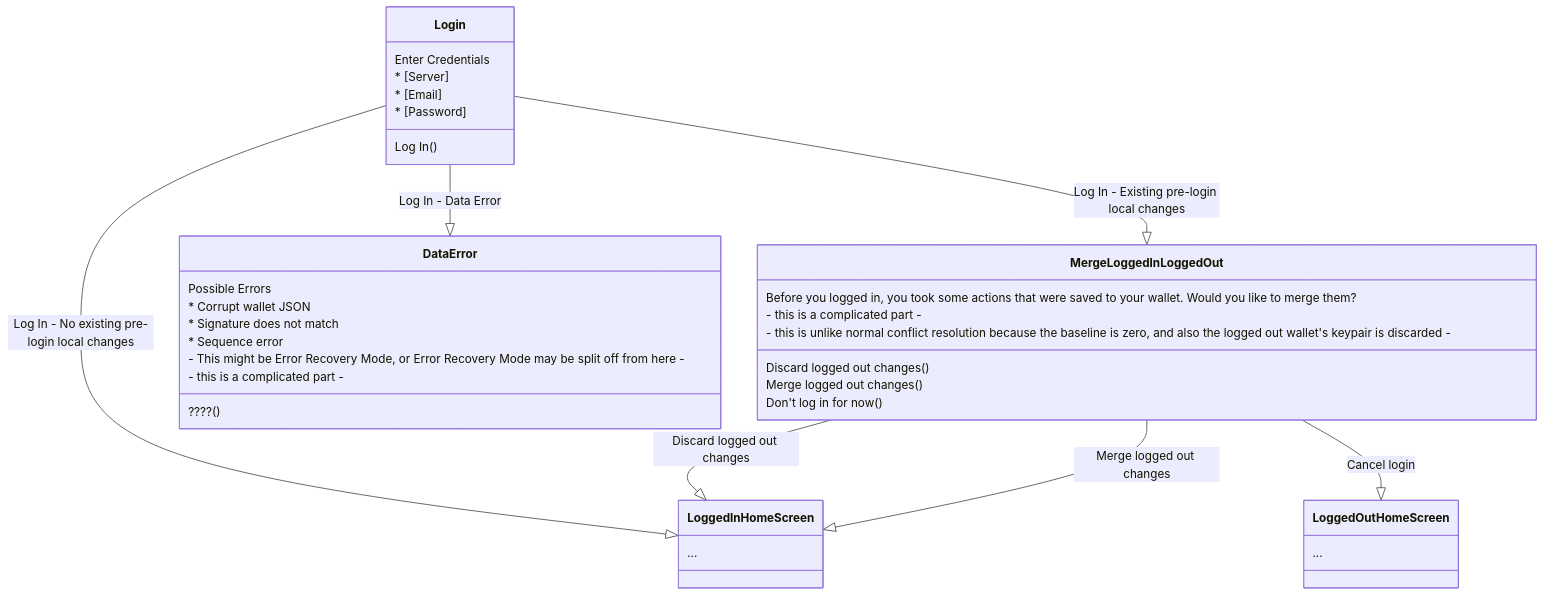
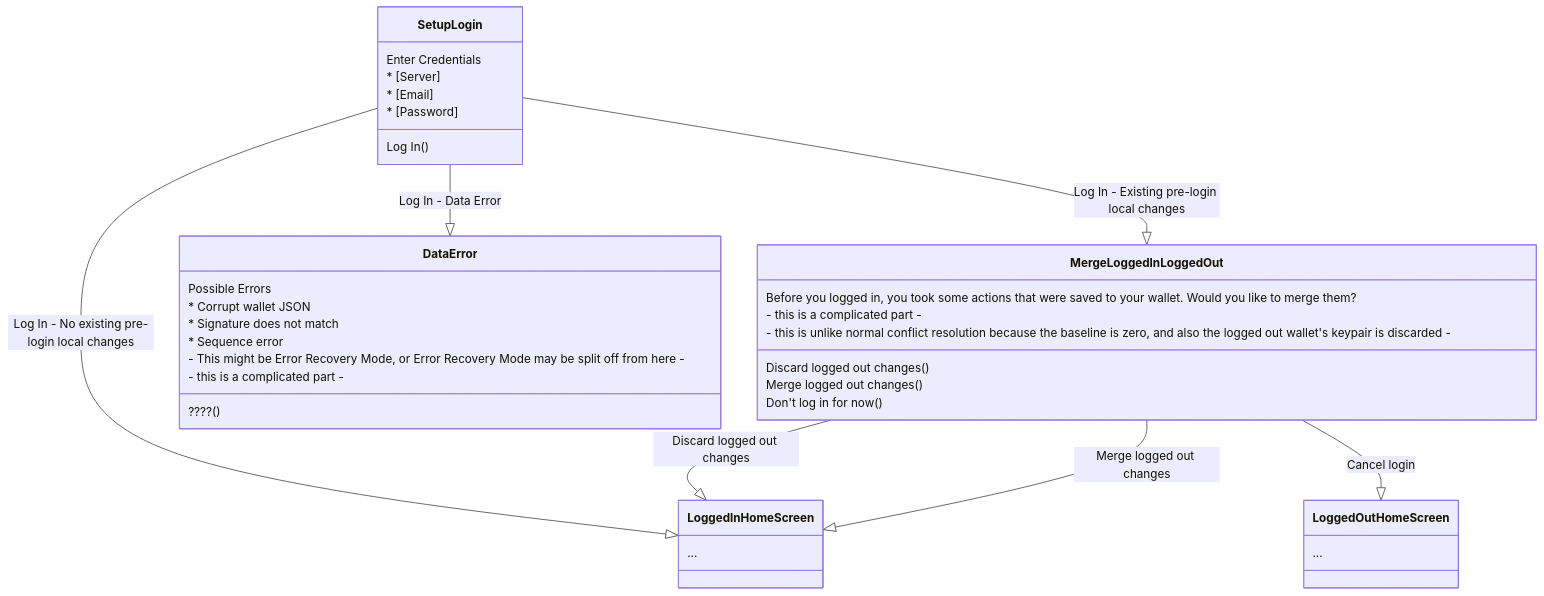
The second of 6 diagrams in spec/user-flows.md (orblivion/lbry-wallet-sync-draft), drawn with Mermaid before and after one commit. The commit also changed other lines of this file, not shown here.

Commit message:
User Flows - Rename a couple things

````diff
--- a/spec/user-flows.md
+++ b/spec/user-flows.md
@@ -73,35 +73,35 @@
 ```mermaid
 classDiagram
 
-Login --|> MergeLoggedInLoggedOut : Log In - Existing pre-login local changes
-Login --|> DataError : Log In - Data Error
-Login --|> LoggedInHomeScreen : Log In - No existing pre-login local changes
+SetupLogin --|> MergeLoggedInLoggedOut : Log In - Existing pre-login local changes
+SetupLogin --|> DataError : Log In - Data Error
+SetupLogin --|> LoggedInHomeScreen : Log In - No existing pre-login local changes
 
 MergeLoggedInLoggedOut --|> LoggedInHomeScreen : Discard logged out changes
 MergeLoggedInLoggedOut --|> LoggedInHomeScreen : Merge logged out changes
 MergeLoggedInLoggedOut --|> LoggedOutHomeScreen : Cancel login
 
 LoggedInHomeScreen : ...
 LoggedOutHomeScreen : ...
 
 MergeLoggedInLoggedOut : Before you logged in, you took some actions that were saved to your wallet. Would you like to merge them?
 MergeLoggedInLoggedOut : - this is a complicated part -
 MergeLoggedInLoggedOut : - this is unlike normal conflict resolution because the baseline is zero, and also the logged out wallet's keypair is discarded -
 MergeLoggedInLoggedOut : Discard logged out changes()
 MergeLoggedInLoggedOut : Merge logged out changes()
 MergeLoggedInLoggedOut : Don't log in for now()
 
 DataError : Possible Errors
 DataError : * Corrupt wallet JSON
 DataError : * Signature does not match
 DataError : * Sequence error
 DataError : - This might be Error Recovery Mode, or Error Recovery Mode may be split off from here -
 DataError : - this is a complicated part -
 DataError : ????()
 
-Login : Enter Credentials
-Login : * [Server]
-Login : * [Email]
-Login : * [Password]
-Login : Log In()
+SetupLogin : Enter Credentials
+SetupLogin : * [Server]
+SetupLogin : * [Email]
+SetupLogin : * [Password]
+SetupLogin : Log In()
 ```
````
